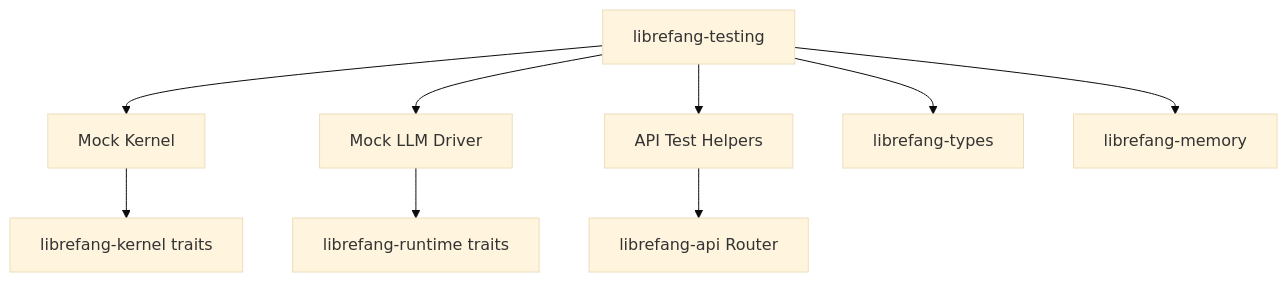
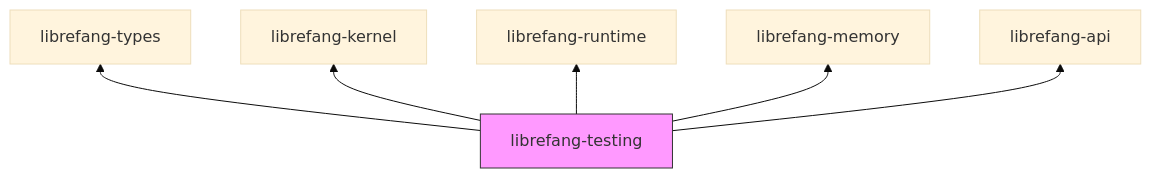
Before and after one commit to leszek3737/librefang-WIki: the diagram in other-librefang-testing.md, drawn with Mermaid (base theme). The commit also changed other lines of this file and 70 other files, not shown here.

````diff
--- a/other-librefang-testing.md
+++ b/other-librefang-testing.md
@@ -21,11 +41,17 @@
 ```mermaid
-graph TD
-    A[librefang-testing] --> B[Mock Kernel]
-    A --> C[Mock LLM Driver]
-    A --> D[API Test Helpers]
-    B --> E[librefang-kernel traits]
-    C --> F[librefang-runtime traits]
-    D --> G[librefang-api Router]
-    A --> H[librefang-types]
-    A --> I[librefang-memory]
+graph BT
+    testing["librefang-testing"]
+    types["librefang-types"]
+    kernel["librefang-kernel"]
+    runtime["librefang-runtime"]
+    memory["librefang-memory"]
+    api["librefang-api"]
+
+    testing --> types
+    testing --> kernel
+    testing --> runtime
+    testing --> memory
+    testing --> api
+
+    style testing fill:#f9f,stroke:#333
 ```
````
